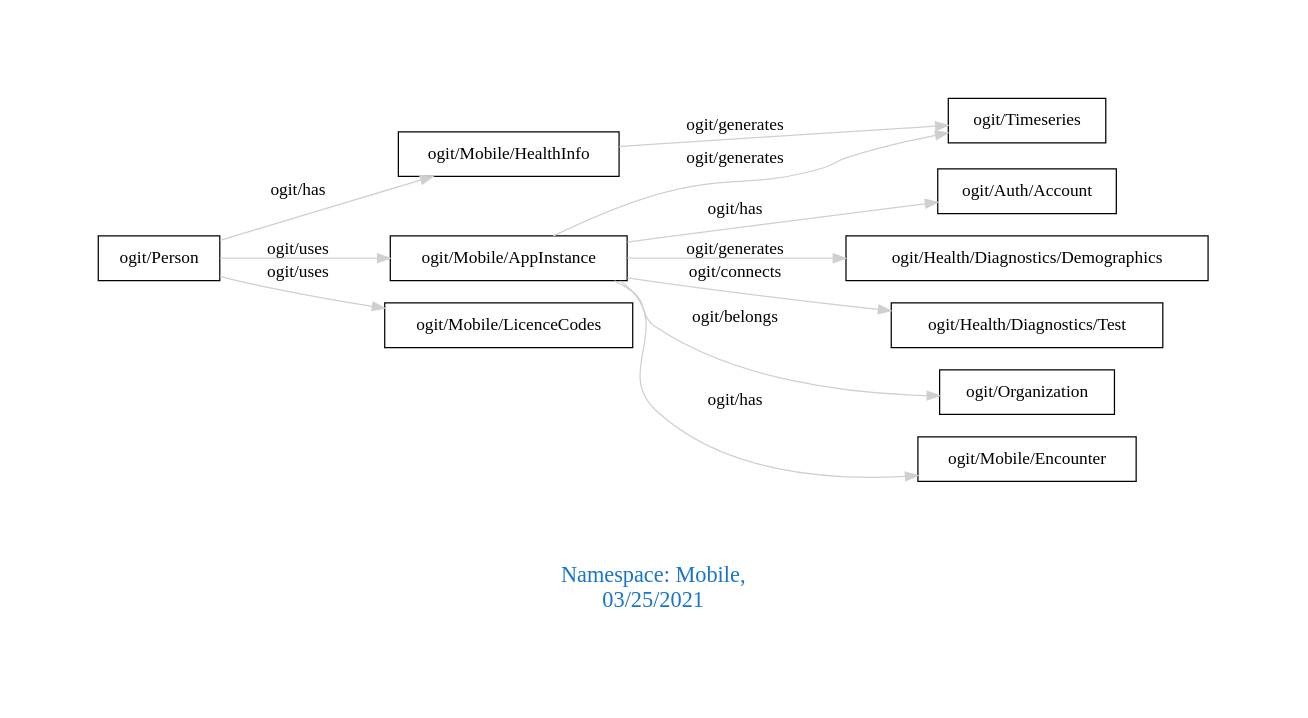
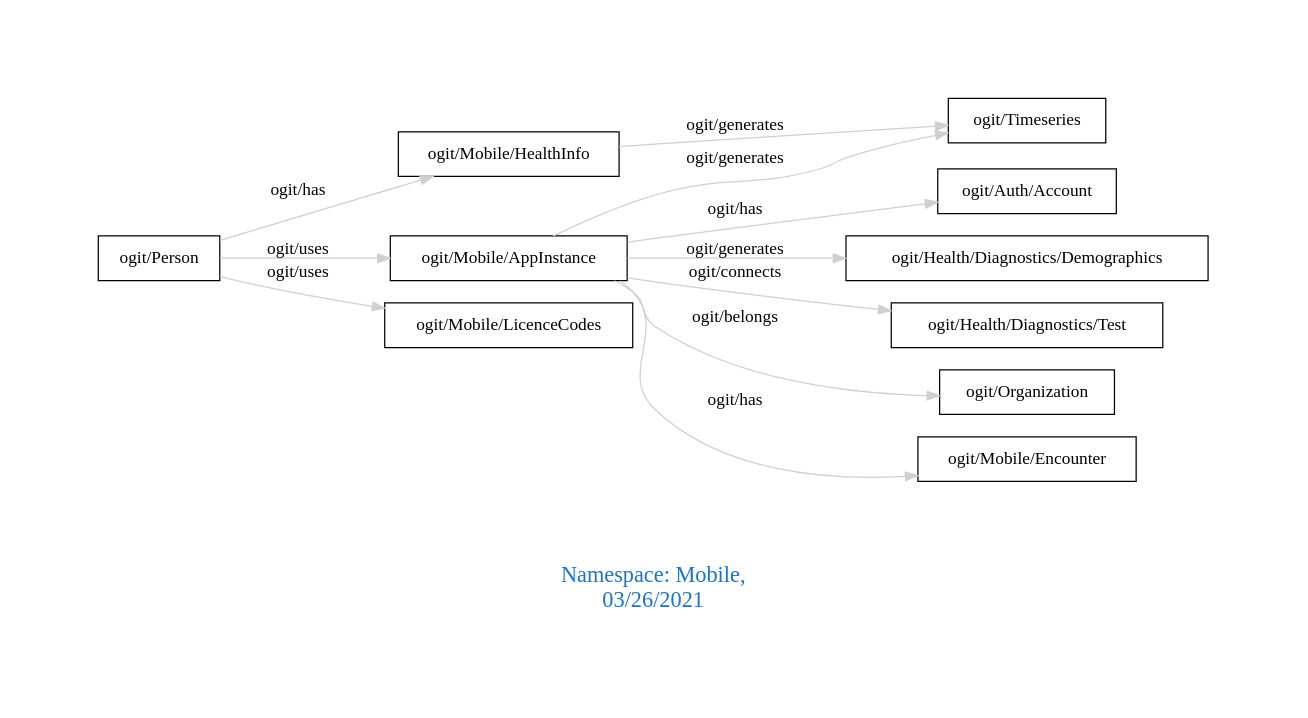
Before and after one commit to arago/OGIT: the diagram in downloads/Mobile.dot, drawn with Graphviz. The commit also changed 1848 other files, not shown here.

```diff
--- a/downloads/Mobile.dot
+++ b/downloads/Mobile.dot
@@ -1,18 +1,18 @@
 digraph OGIT_ontology {
  graph [ rankdir= LR,pad=1 
 fontsize = 18,
-fontcolor= dodgerblue3,label = "\n\n\nNamespace: Mobile, \n 03/25/2021"];
+fontcolor= dodgerblue3,label = "\n\n\nNamespace: Mobile, \n 03/26/2021"];
 node[shape=polygon];
 edge [  color="gray81"];
 
    "ogit/Mobile/AppInstance" -> "ogit/Timeseries" [label="   ogit/generates    "];
    "ogit/Mobile/AppInstance" -> "ogit/Health/Diagnostics/Demographics" [label="   ogit/generates    "];
    "ogit/Mobile/HealthInfo" -> "ogit/Timeseries" [label="   ogit/generates    "];
    "ogit/Mobile/AppInstance" -> "ogit/Health/Diagnostics/Test" [label="   ogit/connects    "];
    "ogit/Mobile/AppInstance" -> "ogit/Organization" [label="   ogit/belongs    "];
    "ogit/Person" -> "ogit/Mobile/AppInstance" [label="   ogit/uses    "];
    "ogit/Person" -> "ogit/Mobile/LicenceCodes" [label="   ogit/uses    "];
    "ogit/Mobile/AppInstance" -> "ogit/Mobile/Encounter" [label="   ogit/has    "];
    "ogit/Mobile/AppInstance" -> "ogit/Auth/Account" [label="   ogit/has    "];
    "ogit/Person" -> "ogit/Mobile/HealthInfo" [label="   ogit/has    "];
 }
```
